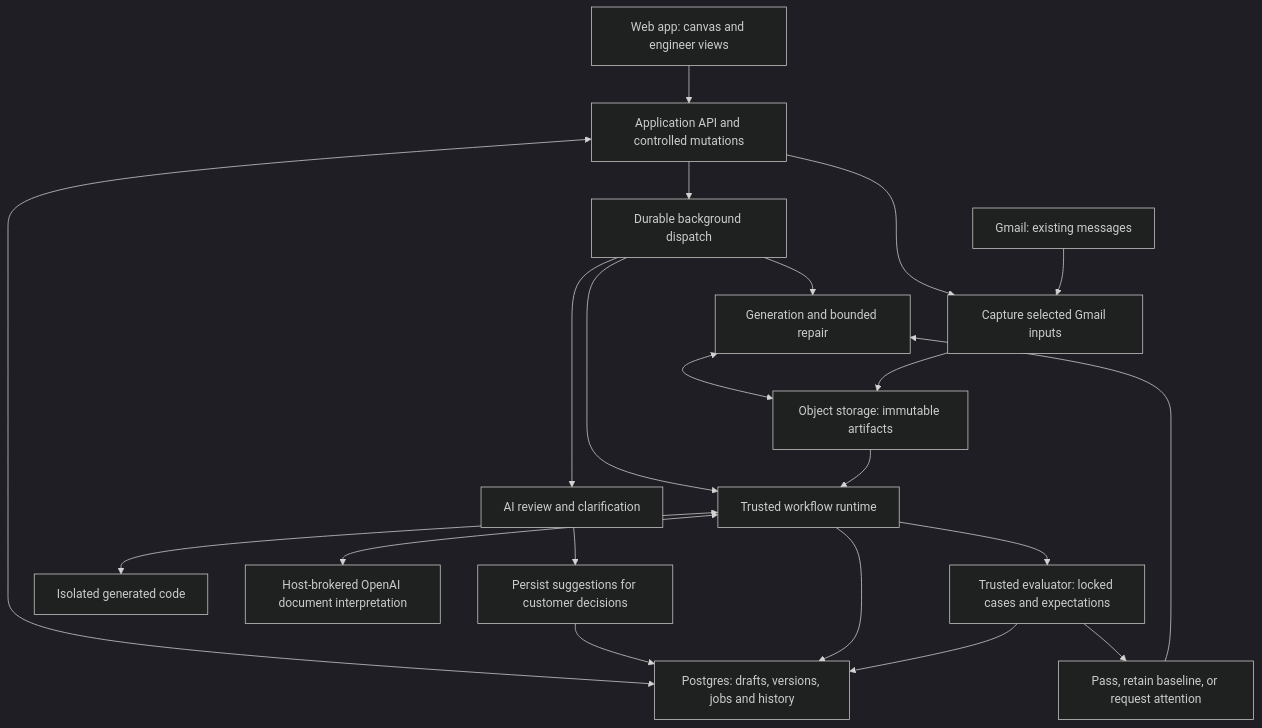
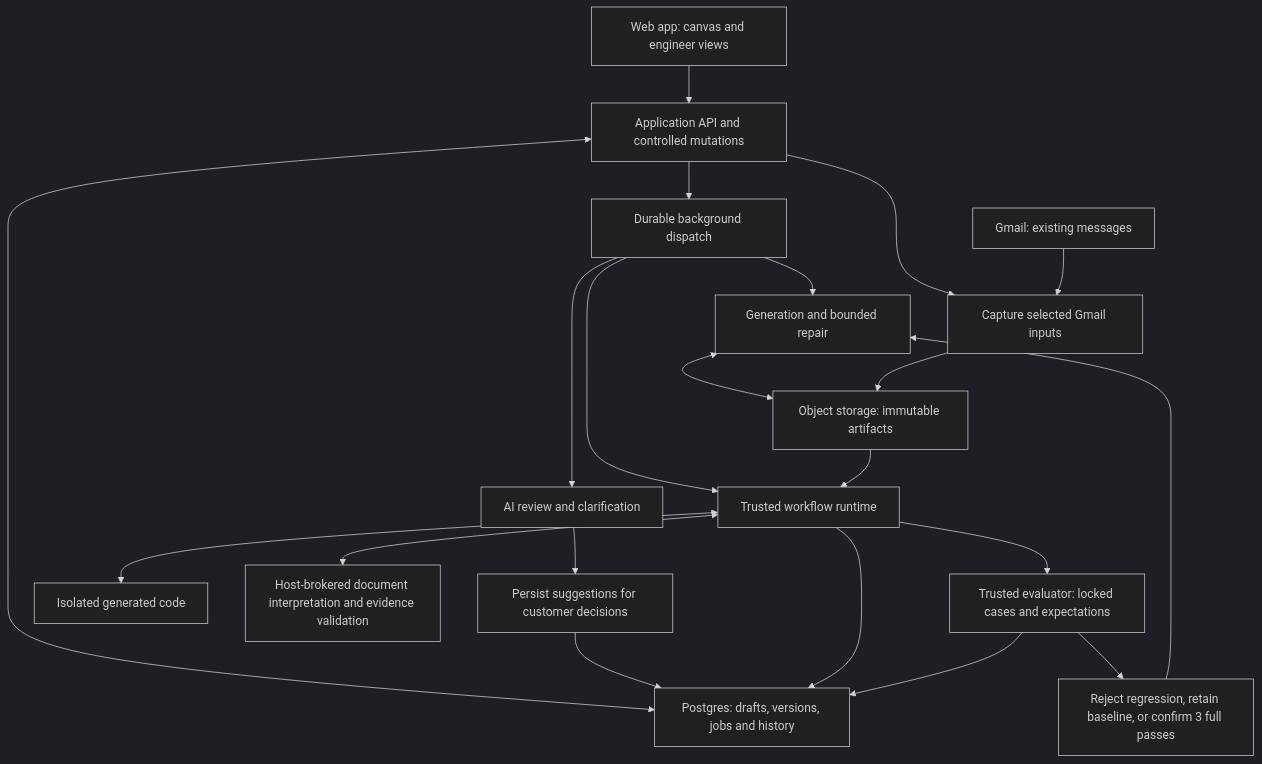
The first of 4 diagrams in docs/architecture/overview.md (boovines/meridian-take-home), drawn with Mermaid (dark theme) before and after one commit. The commit also changed other lines of this file and 8 other files, not shown here.

Commit message:
Document repeatability evidence and verified customer handoff

````diff
--- a/docs/architecture/overview.md
+++ b/docs/architecture/overview.md
@@ -11,23 +11,23 @@
 ```mermaid
 flowchart TD
     UI["Web app: canvas and engineer views"] --> API["Application API and controlled mutations"]
     API <--> DB["Postgres: drafts, versions, jobs and history"]
     Dispatch --> Review["AI review and clarification"]
     Review --> Findings["Persist suggestions for customer decisions"]
     Findings --> DB
     API --> Dispatch["Durable background dispatch"]
     Dispatch --> Generate["Generation and bounded repair"]
     Generate <--> Files["Object storage: immutable artifacts"]
     API --> Ingest["Capture selected Gmail inputs"]
     Gmail["Gmail: existing messages"] --> Ingest
     Ingest --> Files
     Dispatch --> Runtime["Trusted workflow runtime"]
     Files --> Runtime
     Runtime <--> Sandbox["Isolated generated code"]
-    Runtime <--> Interpret["Host-brokered OpenAI document interpretation"]
+    Runtime <--> Interpret["Host-brokered document interpretation and evidence validation"]
     Runtime --> DB
     Runtime --> Grader["Trusted evaluator: locked cases and expectations"]
     Grader --> DB
-    Grader --> Decision["Pass, retain baseline, or request attention"]
+    Grader --> Decision["Reject regression, retain baseline, or confirm 3 full passes"]
     Decision --> Generate
 ```
````
